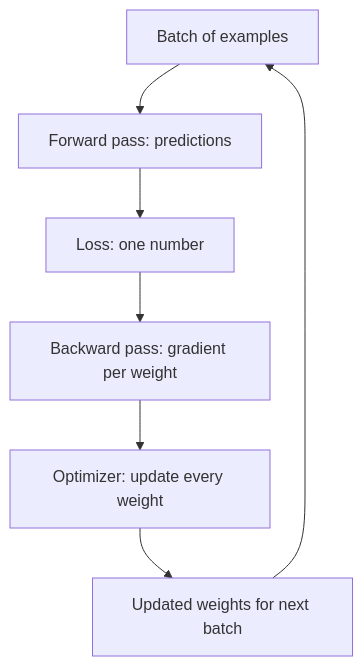
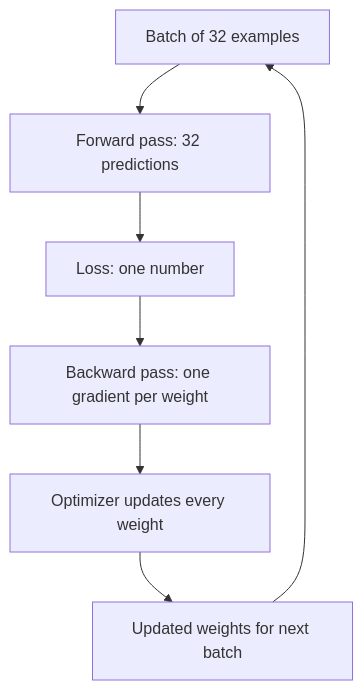
One commit to kaisarnajar/outcome-school-blogs changed the first of 2 diagrams in notes/step-02-deep-learning-and-neural-networks/032-optimizers-in-deep-learning.md. Above: the diagram before and after it, drawn with Mermaid. The commit also changed other lines of this file and 233 other files, not shown here.

````diff
--- a/notes/step-02-deep-learning-and-neural-networks/032-optimizers-in-deep-learning.md
+++ b/notes/step-02-deep-learning-and-neural-networks/032-optimizers-in-deep-learning.md
@@ -44,9 +79,9 @@
 ```mermaid
 flowchart TD
-    A["Batch of examples"] --> B["Forward pass: predictions"]
+    A["Batch of 32 examples"] --> B["Forward pass: 32 predictions"]
     B --> C["Loss: one number"]
-    C --> D["Backward pass: gradient per weight"]
-    D --> E["Optimizer: update every weight"]
+    C --> D["Backward pass: one gradient per weight"]
+    D --> E["Optimizer updates every weight"]
     E --> F["Updated weights for next batch"]
     F --> A
 ```
````
